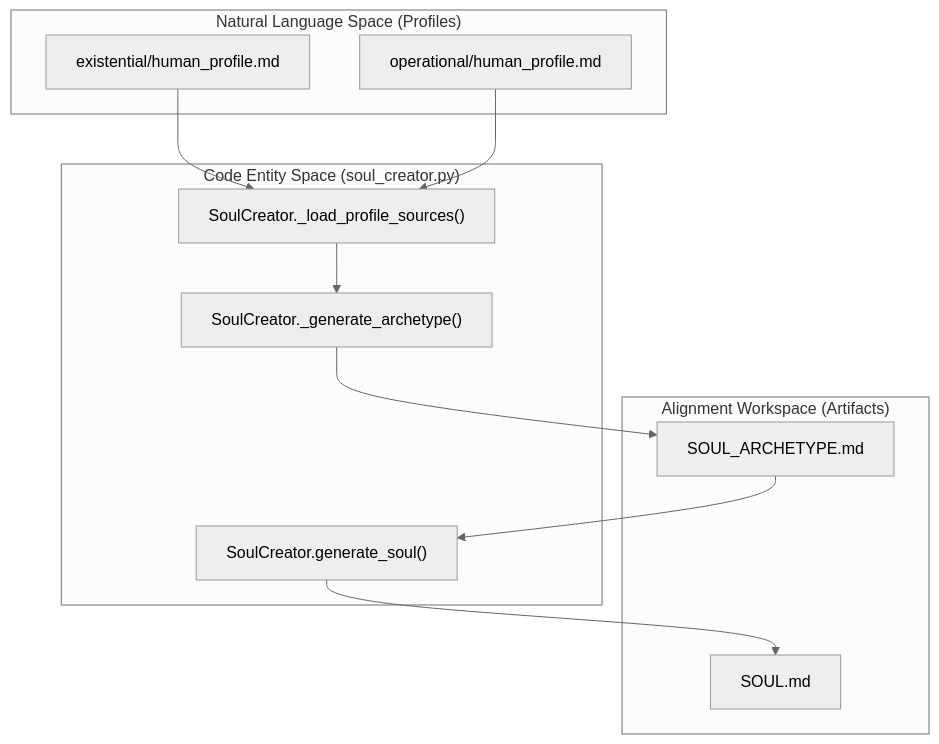
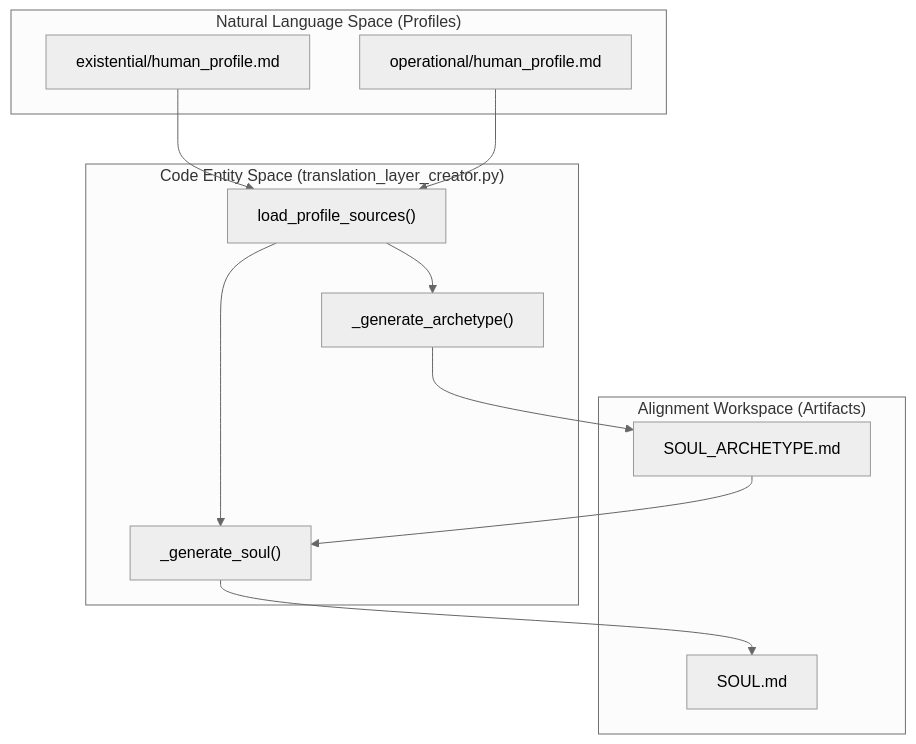
One commit to Cody-W-Tucker/Cognitive-Assistant changed the first of 2 diagrams in docs/Alignment-Artifacts-SOUL,-Archetype,-and-Alignment-Spec.md. Above: the diagram before and after it, drawn with Mermaid (neutral theme). The commit also changed other lines of this file and 20 other files, not shown here.

````diff
--- a/docs/Alignment-Artifacts-SOUL,-Archetype,-and-Alignment-Spec.md
+++ b/docs/Alignment-Artifacts-SOUL,-Archetype,-and-Alignment-Spec.md
@@ -39,22 +45,23 @@
 ```mermaid
 flowchart TD
     subgraph subGraph2 ["Alignment Workspace (Artifacts)"]
         AT["SOUL_ARCHETYPE.md"]
         SL["SOUL.md"]
     end
-    subgraph subGraph1 ["Code Entity Space (soul_creator.py)"]
-        SC["SoulCreator._load_profile_sources()"]
-        GA["SoulCreator._generate_archetype()"]
-        GS["SoulCreator.generate_soul()"]
+    subgraph subGraph1 ["Code Entity Space (translation_layer_creator.py)"]
+        LC["load_profile_sources()"]
+        GA["_generate_archetype()"]
+        GS["_generate_soul()"]
     end
     subgraph subGraph0 ["Natural Language Space (Profiles)"]
         EP["existential/human_profile.md"]
         OP["operational/human_profile.md"]
     end
-    EP --> SC
-    OP --> SC
-    SC --> GA
+    EP --> LC
+    OP --> LC
+    LC --> GA
     GA --> AT
     AT --> GS
+    LC --> GS
     GS --> SL
 ```
````
